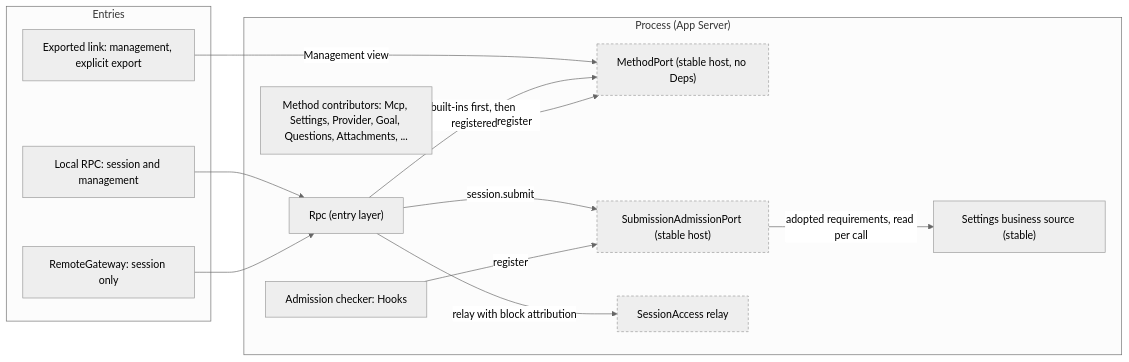
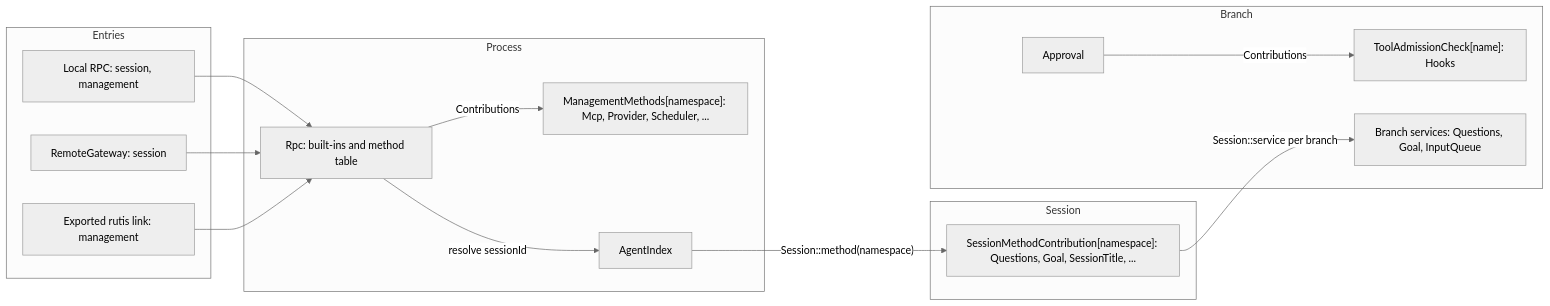
One commit to CoutinhoTTS/dim-agent changed the first of 4 diagrams in docs/design/contracts/session-boundary.md. Above: the diagram before and after it, drawn with Mermaid (neutral theme). The commit also changed other lines of this file and 16 other files, not shown here.

````diff
--- a/docs/design/contracts/session-boundary.md
+++ b/docs/design/contracts/session-boundary.md
@@ -9,27 +15,29 @@
 ```mermaid
 flowchart LR
-  subgraph PROC["Process (App Server)"]
-    Rpc["Rpc (entry layer)"]
-    MP["MethodPort (stable host, no Deps)"]:::contract
-    SP["SubmissionAdmissionPort (stable host)"]:::contract
-    Set["Settings business source (stable)"]
-    MC["Method contributors: Mcp, Settings, Provider, Goal, Questions, Attachments, ..."]
-    HC["Admission checker: Hooks"]
-    SA["SessionAccess relay"]:::contract
+  subgraph ENT["Entries"]
+    Local["Local RPC: session, management"]
+    Remote["RemoteGateway: session"]
+    Link["Exported rutis link: management"]
   end
-  subgraph ENT["Entries"]
-    Local["Local RPC: session and management"]
-    Remote["RemoteGateway: session only"]
-    Link["Exported link: management, explicit export"]
+  subgraph PROC["Process"]
+    Rpc["Rpc: built-ins and method table"]
+    MM["ManagementMethods[namespace]: Mcp, Provider, Scheduler, ..."]
+    AI["AgentIndex"]
+  end
+  subgraph SES["Session"]
+    SM["SessionMethodContribution[namespace]: Questions, Goal, SessionTitle, ..."]
+  end
+  subgraph BR["Branch"]
+    AP["Approval"]
+    TC["ToolAdmissionCheck[name]: Hooks"]
+    BS["Branch services: Questions, Goal, InputQueue"]
   end
   Local --> Rpc
   Remote --> Rpc
-  Link -->|"Management view"| MP
-  Rpc -->|"built-ins first, then registered"| MP
-  Rpc -->|"session.submit"| SP
-  Rpc -->|"relay with block attribution"| SA
-  MC -->|"register"| MP
-  HC -->|"register"| SP
-  SP -->|"adopted requirements, read per call"| Set
-  classDef contract stroke-dasharray:4 3
+  Link --> Rpc
+  Rpc -->|"Contributions"| MM
+  Rpc -->|"resolve sessionId"| AI
+  AI -->|"Session::method(namespace)"| SM
+  SM -->|"Session::service per branch"| BS
+  AP -->|"Contributions"| TC
 ```
````
